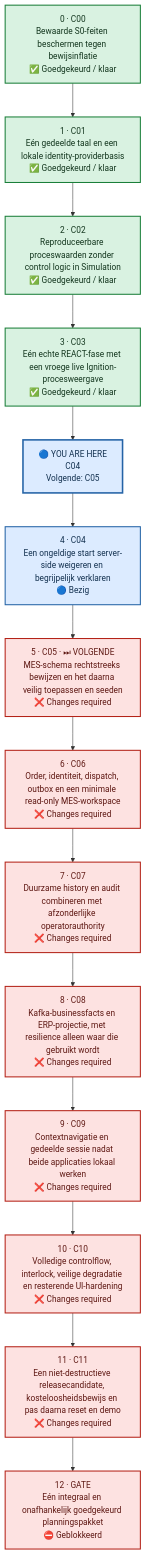
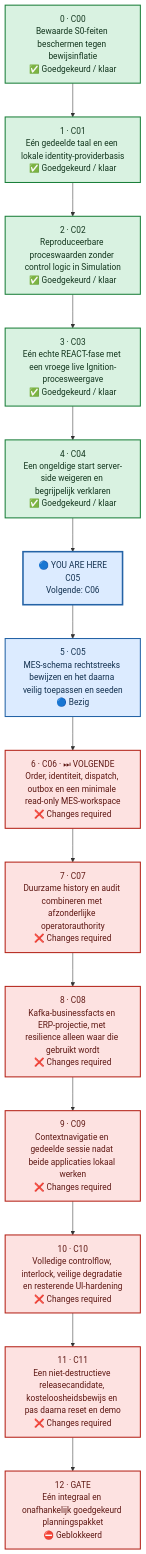
One commit to Jandesch91/n1-bioforge-requirements-cockpit changed the second of 2 diagrams in README.md. Above: the diagram before and after it, drawn with Mermaid. The commit also changed other lines of this file and 3 other files, not shown here.

````diff
--- a/README.md
+++ b/README.md
@@ -50,41 +50,41 @@
 ```mermaid
 %%{init: {"flowchart": {"curve": "linear", "nodeSpacing": 55, "rankSpacing": 65, "htmlLabels": true}}}%%
 flowchart TB
     %% One vertical lane: order is explicit and no dependency arrows cross.
     chunk_0["0 · C00<br/>Bewaarde S0-feiten beschermen tegen bewijsinflatie<br/>✅ Goedgekeurd / klaar"]
     chunk_1["1 · C01<br/>Eén gedeelde taal en een lokale identity-providerbasis<br/>✅ Goedgekeurd / klaar"]
     chunk_2["2 · C02<br/>Reproduceerbare proceswaarden zonder control logic in Simulation<br/>✅ Goedgekeurd / klaar"]
     chunk_3["3 · C03<br/>Eén echte REACT-fase met een vroege live Ignition-procesweergave<br/>✅ Goedgekeurd / klaar"]
-    chunk_4["4 · C04<br/>Een ongeldige start server-side weigeren en begrijpelijk verklaren<br/>🔵 Bezig"]
-    chunk_5["5 · C05 · ⏭ VOLGENDE<br/>MES-schema rechtstreeks bewijzen en het daarna veilig toepassen en seeden<br/>❌ Changes required"]
-    chunk_6["6 · C06<br/>Order, identiteit, dispatch, outbox en een minimale read-only MES-workspace<br/>❌ Changes required"]
+    chunk_4["4 · C04<br/>Een ongeldige start server-side weigeren en begrijpelijk verklaren<br/>✅ Goedgekeurd / klaar"]
+    chunk_5["5 · C05<br/>MES-schema rechtstreeks bewijzen en het daarna veilig toepassen en seeden<br/>🔵 Bezig"]
+    chunk_6["6 · C06 · ⏭ VOLGENDE<br/>Order, identiteit, dispatch, outbox en een minimale read-only MES-workspace<br/>❌ Changes required"]
     chunk_7["7 · C07<br/>Duurzame history en audit combineren met afzonderlijke operatorauthority<br/>❌ Changes required"]
     chunk_8["8 · C08<br/>Kafka-businessfacts en ERP-projectie, met resilience alleen waar die gebruikt wordt<br/>❌ Changes required"]
     chunk_9["9 · C09<br/>Contextnavigatie en gedeelde sessie nadat beide applicaties lokaal werken<br/>❌ Changes required"]
     chunk_10["10 · C10<br/>Volledige controlflow, interlock, veilige degradatie en resterende UI-hardening<br/>❌ Changes required"]
     chunk_11["11 · C11<br/>Een niet-destructieve releasecandidate, kosteloosheidsbewijs en pas daarna reset en demo<br/>❌ Changes required"]
     chunk_12["12 · GATE<br/>Eén integraal en onafhankelijk goedgekeurd planningspakket<br/>⛔ Geblokkeerd"]
-    current_marker["🔵 YOU ARE HERE<br/>C04<br/>Volgende: C05"]
-    chunk_0 --> chunk_1 --> chunk_2 --> chunk_3 --> current_marker --> chunk_4 --> chunk_5 --> chunk_6 --> chunk_7 --> chunk_8 --> chunk_9 --> chunk_10 --> chunk_11 --> chunk_12
+    current_marker["🔵 YOU ARE HERE<br/>C05<br/>Volgende: C06"]
+    chunk_0 --> chunk_1 --> chunk_2 --> chunk_3 --> chunk_4 --> current_marker --> chunk_5 --> chunk_6 --> chunk_7 --> chunk_8 --> chunk_9 --> chunk_10 --> chunk_11 --> chunk_12
     classDef approved fill:#D9F2E1,stroke:#1B7F3A,color:#12351D,stroke-width:2px
     classDef inprogress fill:#DCEBFF,stroke:#2463A6,color:#12304F,stroke-width:2px
     classDef human fill:#FFF2BF,stroke:#A66B00,color:#4D3300,stroke-width:2px
     classDef changes fill:#FDE2E1,stroke:#B42318,color:#5D1712,stroke-width:2px
     classDef blocked fill:#FDE2E1,stroke:#B42318,color:#5D1712,stroke-width:2px
     classDef notstarted fill:#F2F4F7,stroke:#667085,color:#344054,stroke-width:2px
     classDef current fill:#DCEBFF,stroke:#2463A6,color:#12304F,stroke-width:3px
     class chunk_0 approved
     class chunk_1 approved
     class chunk_2 approved
     class chunk_3 approved
-    class chunk_4 inprogress
-    class chunk_5 changes
+    class chunk_4 approved
+    class chunk_5 inprogress
     class chunk_6 changes
     class chunk_7 changes
     class chunk_8 changes
     class chunk_9 changes
     class chunk_10 changes
     class chunk_11 changes
     class chunk_12 blocked
     class current_marker current
 ```
````
